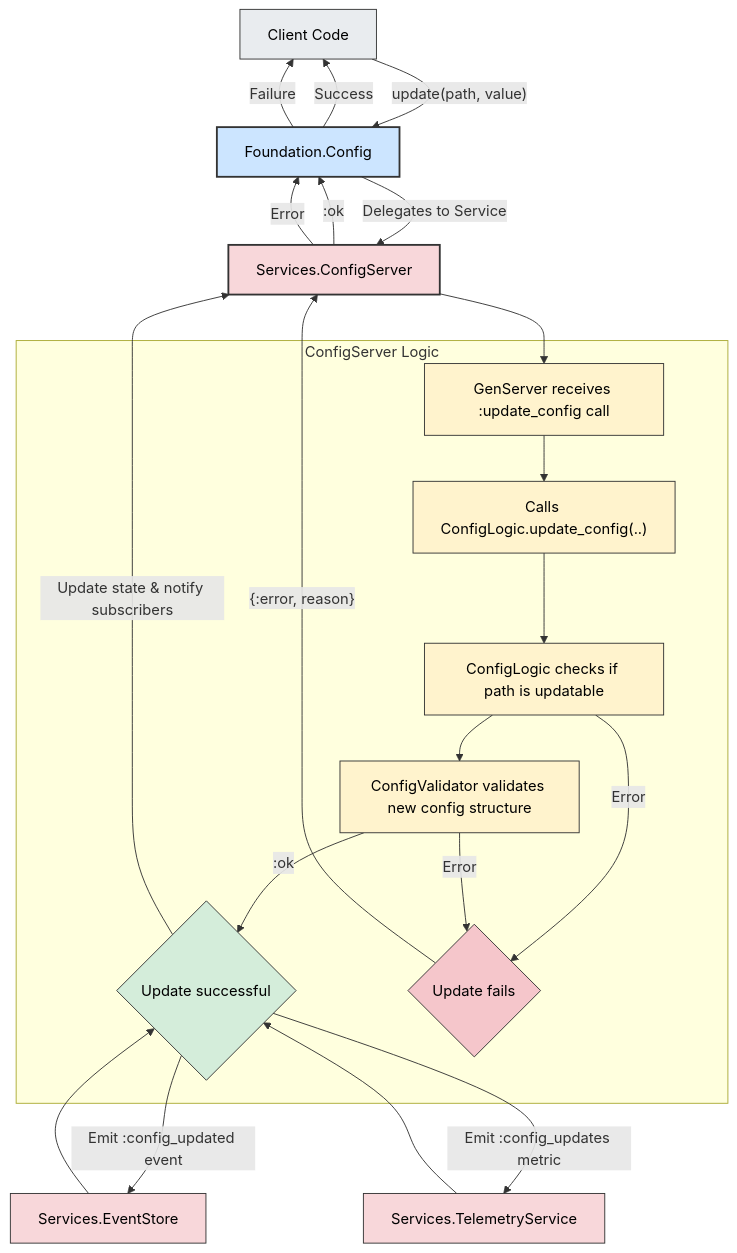
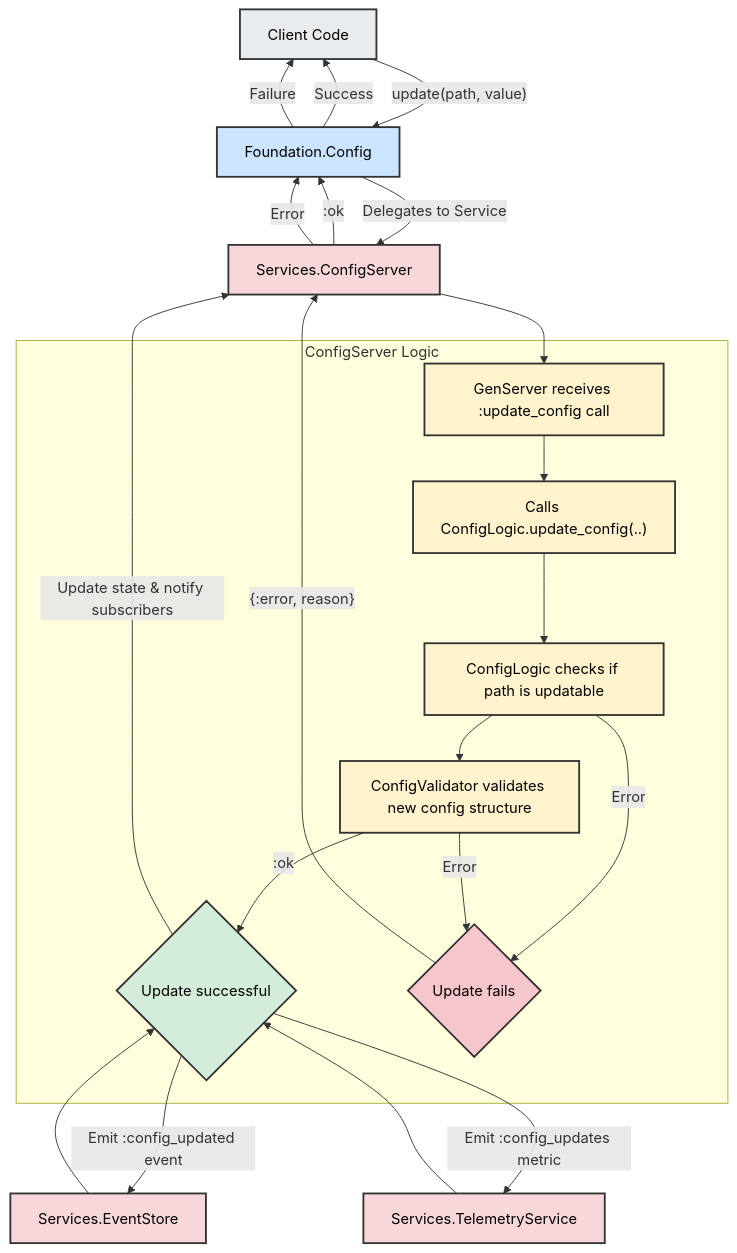
Before and after one commit to nshkrdotcom/foundation: the third of 11 diagrams in docs/ARCH_DIAGS.md, drawn with Mermaid. The commit also changed other lines of this file, not shown here.

````diff
--- a/docs/ARCH_DIAGS.md
+++ b/docs/ARCH_DIAGS.md
@@ -135,39 +135,39 @@
 ```mermaid
 graph TD
     Client["Client Code"] -- "update(path, value)" --> F_Config["Foundation.Config"]
     F_Config -- "Delegates to Service" --> F_ConfigServer["Services.ConfigServer"]
     
     subgraph "ConfigServer Logic"
         A["GenServer receives :update_config call"] --> B["Calls ConfigLogic.update_config(..)"]
         B --> C["ConfigLogic checks if path is updatable"]
         C --> D["ConfigValidator validates new config structure"]
         D -- ":ok" --> E{"Update successful"}
         C -- "Error" --> F{"Update fails"}
         D -- "Error" --> F
     end
 
     F_ConfigServer --> A
     E -- "Update state & notify subscribers" --> F_ConfigServer
     E -- "Emit :config_updated event" --> F_EventStore["Services.EventStore"]
     E -- "Emit :config_updates metric" --> F_Telemetry["Services.TelemetryService"]
     F_EventStore --> E
     F_Telemetry --> E
     F_ConfigServer -- ":ok" --> F_Config
     F_Config -- "Success" --> Client
 
     F -- "{:error, reason}" --> F_ConfigServer
     F_ConfigServer -- "Error" --> F_Config
     F_Config -- "Failure" --> Client
 
-    style Client fill:#e9ecef,stroke:#333,stroke-width:1px,color:#000
-    style F_Config fill:#cce5ff,stroke:#333,stroke-width:2px,color:#000
-    style F_ConfigServer fill:#f8d7da,stroke:#333,stroke-width:2px,color:#000
-    style F_EventStore fill:#f8d7da,stroke:#333,stroke-width:1px,color:#000
-    style F_Telemetry fill:#f8d7da,stroke:#333,stroke-width:1px,color:#000
-    style A fill:#fff3cd,stroke:#333,stroke-width:1px,color:#000
-    style B fill:#fff3cd,stroke:#333,stroke-width:1px,color:#000
-    style C fill:#fff3cd,stroke:#333,stroke-width:1px,color:#000
-    style D fill:#fff3cd,stroke:#333,stroke-width:1px,color:#000
-    style E fill:#d4edda,stroke:#333,stroke-width:1px,color:#000
-    style F fill:#f5c6cb,stroke:#333,stroke-width:1px,color:#000
+    style Client fill:#e9ecef,stroke:#333,stroke-width:2,color:#000
+    style F_Config fill:#cce5ff,stroke:#333,stroke-width:2,color:#000
+    style F_ConfigServer fill:#f8d7da,stroke:#333,stroke-width:2,color:#000
+    style F_EventStore fill:#f8d7da,stroke:#333,stroke-width:2,color:#000
+    style F_Telemetry fill:#f8d7da,stroke:#333,stroke-width:2,color:#000
+    style A fill:#fff3cd,stroke:#333,stroke-width:2,color:#000
+    style B fill:#fff3cd,stroke:#333,stroke-width:2,color:#000
+    style C fill:#fff3cd,stroke:#333,stroke-width:2,color:#000
+    style D fill:#fff3cd,stroke:#333,stroke-width:2,color:#000
+    style E fill:#d4edda,stroke:#333,stroke-width:2,color:#000
+    style F fill:#f5c6cb,stroke:#333,stroke-width:2,color:#000
 ```
````
